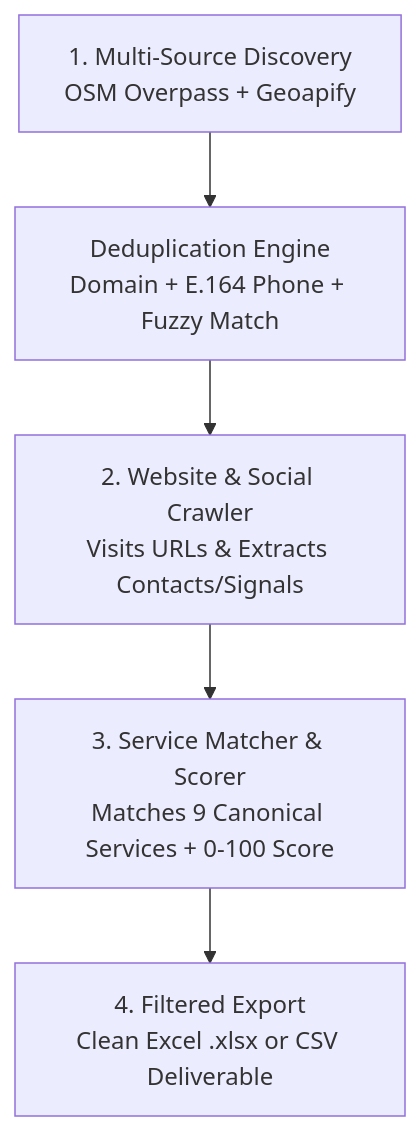
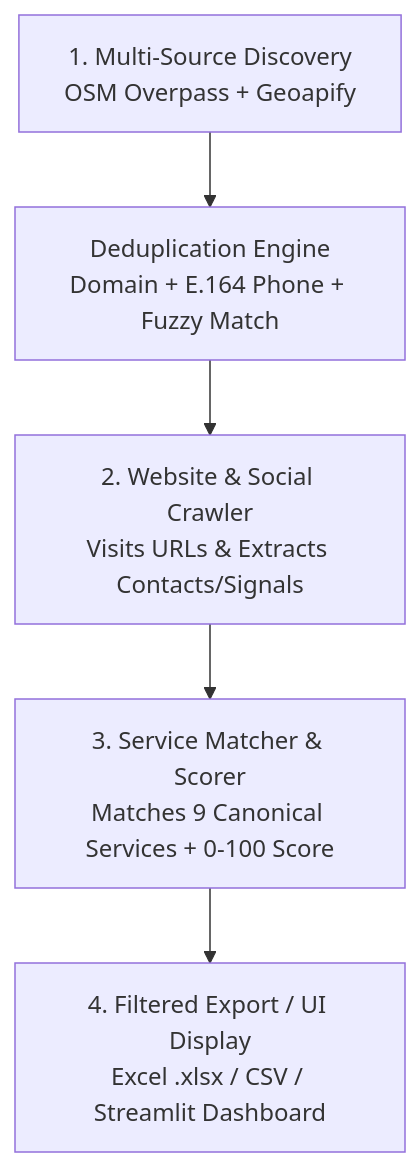
One commit to Sohaib4238/leads-scraper-automation changed the diagram in README.md. Above: the diagram before and after it, drawn with Mermaid. The commit also changed other lines of this file and 2 other files, not shown here.

Commit message:
streamlit frontend

````diff
--- a/README.md
+++ b/README.md
@@ -68,7 +80,7 @@
 ```mermaid
 flowchart TD
     A[1. Multi-Source Discovery<br>OSM Overpass + Geoapify] --> B[Deduplication Engine<br>Domain + E.164 Phone + Fuzzy Match]
     B --> C[2. Website & Social Crawler<br>Visits URLs & Extracts Contacts/Signals]
     C --> D[3. Service Matcher & Scorer<br>Matches 9 Canonical Services + 0-100 Score]
-    D --> E[4. Filtered Export<br>Clean Excel .xlsx or CSV Deliverable]
+    D --> E[4. Filtered Export / UI Display<br>Excel .xlsx / CSV / Streamlit Dashboard]
 ```
````
